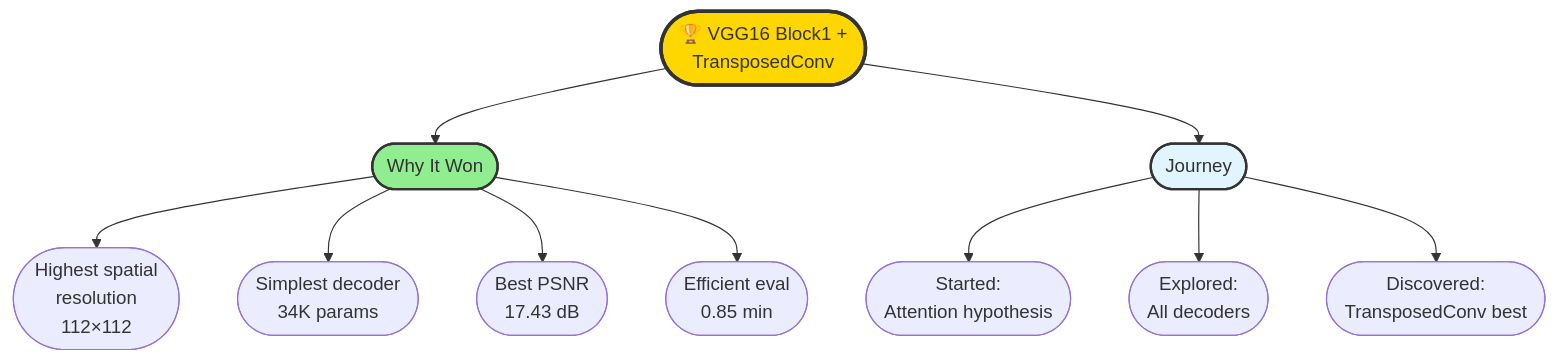
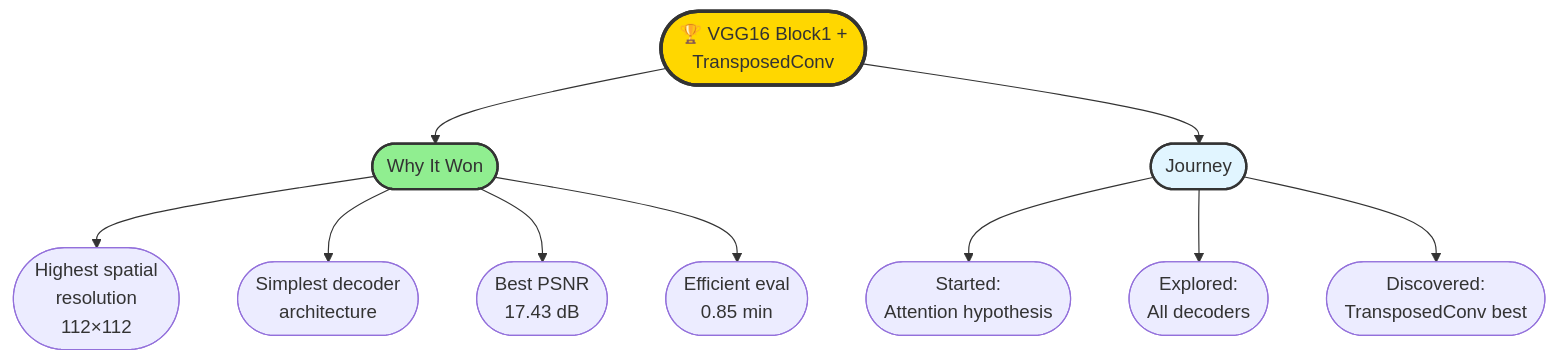
Before and after one commit to DanicaBlazanovic/CAP6415_F25_project_Input_Image_Reconstruction_from_Features: the fourth of 11 diagrams in EXPERIMENTAL_RESULTS_DISCUSSION.md, drawn with Mermaid. The commit also changed other lines of this file, not shown here.

````diff
--- a/EXPERIMENTAL_RESULTS_DISCUSSION.md
+++ b/EXPERIMENTAL_RESULTS_DISCUSSION.md
@@ -205,19 +202,19 @@
 ```mermaid
 graph TB
     Root([🏆 VGG16 Block1 +<br/>TransposedConv])
     
     Root --> A([Why It Won])
     A --> A1([Highest spatial<br/>resolution<br/>112×112])
-    A --> A2([Simplest decoder<br/>34K params])
+    A --> A2([Simplest decoder<br/>architecture])
     A --> A3([Best PSNR<br/>17.43 dB])
     A --> A4([Efficient eval<br/>0.85 min])
     
     Root --> B([Journey])
     B --> B1([Started:<br/>Attention hypothesis])
     B --> B2([Explored:<br/>All decoders])
     B --> B3([Discovered:<br/>TransposedConv best])
     
     style Root fill:#FFD700,stroke:#333,stroke-width:3px
     style A fill:#90EE90,stroke:#333,stroke-width:2px
     style B fill:#e1f5ff,stroke:#333,stroke-width:2px
 ```
````
